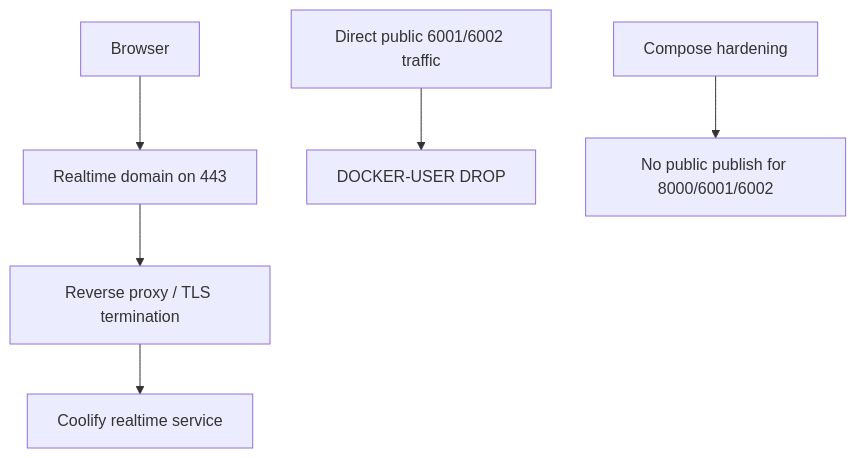
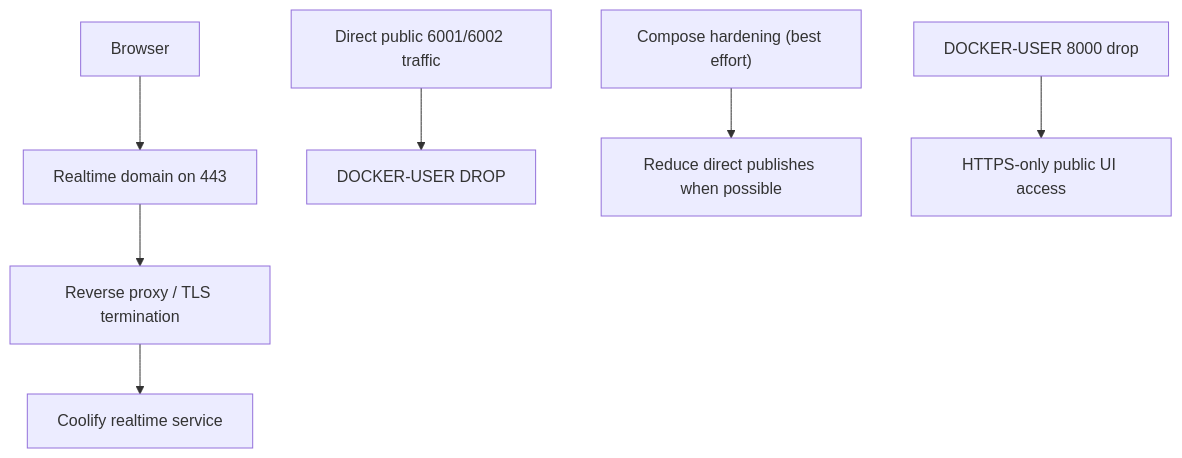
The second of 2 diagrams in docs/vps-coolify-realtime-modes.md (rigu/vps-coolify-bootstrap), drawn with Mermaid before and after one commit. The commit also changed other lines of this file and 9 other files, not shown here.

Commit message:
Enforce HTTPS-only Coolify access and harden 8000 guards

````diff
--- a/docs/vps-coolify-realtime-modes.md
+++ b/docs/vps-coolify-realtime-modes.md
@@ -101,8 +108,9 @@
 ```mermaid
 flowchart TD
   A["Browser"] --> B["Realtime domain on 443"]
   B --> C["Reverse proxy / TLS termination"]
   C --> D["Coolify realtime service"]
   E["Direct public 6001/6002 traffic"] --> F["DOCKER-USER DROP"]
-  G["Compose hardening"] --> H["No public publish for 8000/6001/6002"]
+  G["Compose hardening (best effort)"] --> H["Reduce direct publishes when possible"]
+  I["DOCKER-USER 8000 drop"] --> J["HTTPS-only public UI access"]
 ```
````
